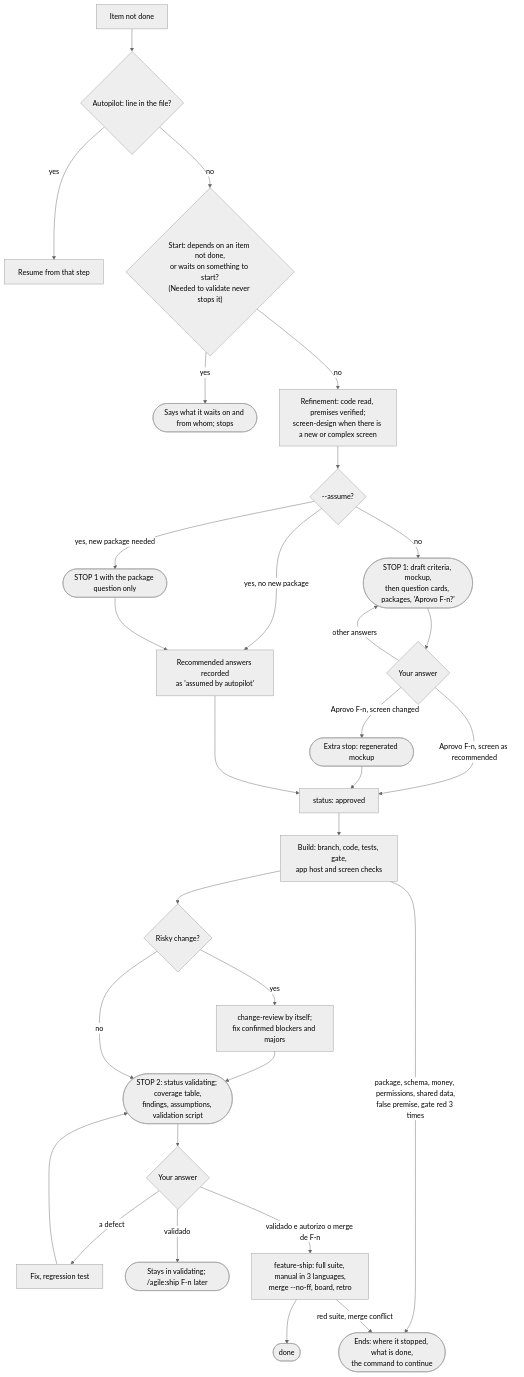
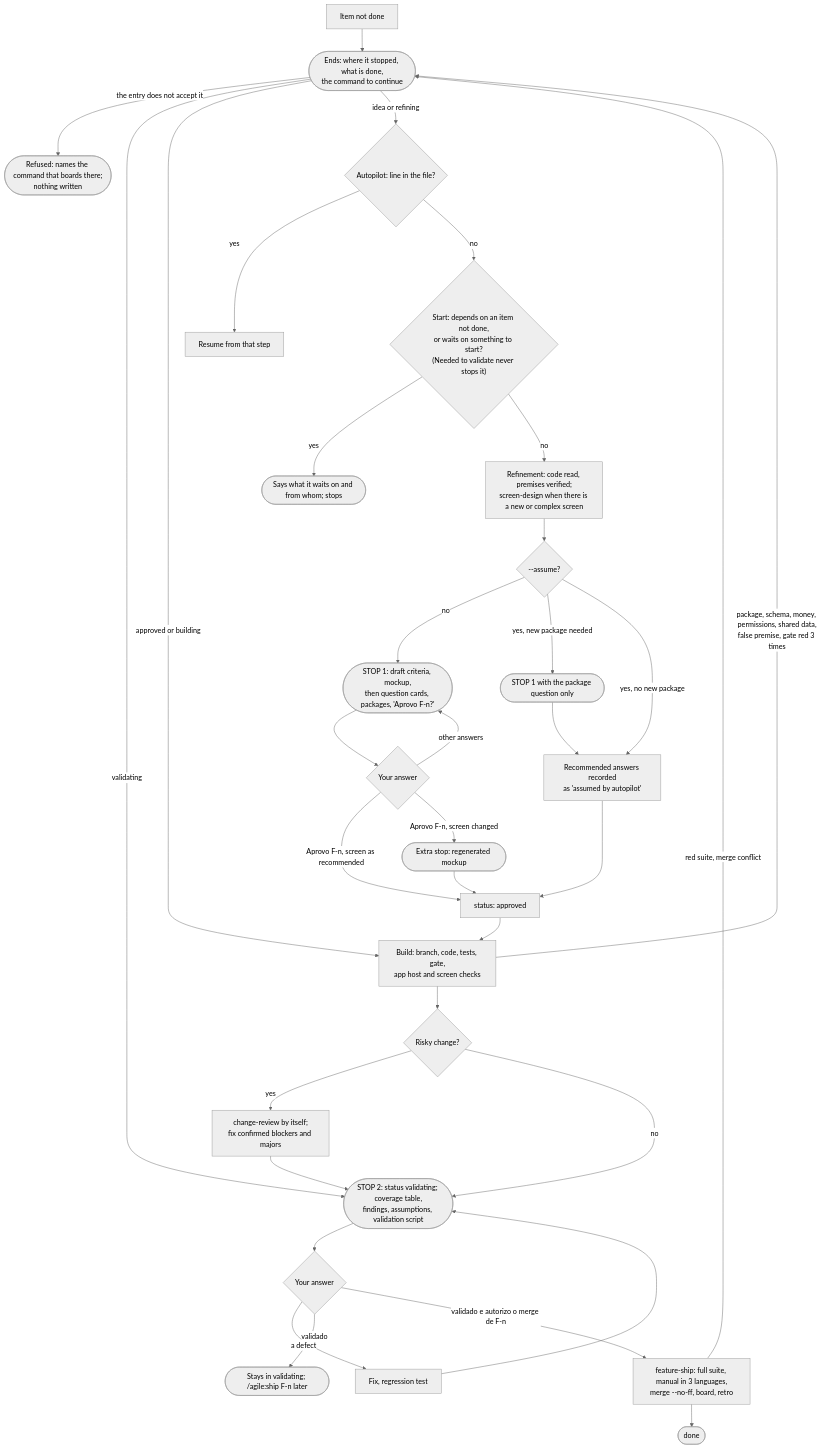
One commit to alexcanario/simulab changed diagram 19 of 21 in docs/agile/workflow.md. Above: the diagram before and after it, drawn with Mermaid (neutral theme). The commit also changed other lines of this file and 10 other files, not shown here.

````diff
--- a/docs/agile/workflow.md
+++ b/docs/agile/workflow.md
@@ -1027,31 +1051,35 @@
 ```mermaid
 flowchart TD
-    A["Item not done"] --> R{"Autopilot: line in the file?"}
+    A["Item not done"] --> S{"Status of the item,<br/>and the entry (refine or build --autopilot, or none)"}
+    S -->|"the entry does not accept it"| S1(["Refused: names the command that boards there;<br/>nothing written"])
+    S -->|"validating"| G
+    S -->|"approved or building"| F
+    S -->|"idea or refining"| R{"Autopilot: line in the file?"}
     R -->|yes| R1["Resume from that step"]
     R -->|no| A1{"Start: depends on an item not done,<br/>or waits on something to start?<br/>(Needed to validate never stops it)"}
     A1 -->|yes| A2(["Says what it waits on and from whom; stops"])
     A1 -->|no| B["Refinement: code read, premises verified;<br/>screen-design when there is a new or complex screen"]
     B --> B1{"--assume?"}
     B1 -->|no| C(["STOP 1: draft criteria, mockup,<br/>then question cards, packages, 'Aprovo F-n?'"])
     B1 -->|"yes, new package needed"| C2(["STOP 1 with the package question only"])
     B1 -->|"yes, no new package"| D["Recommended answers recorded<br/>as 'assumed by autopilot'"]
     C --> C1{"Your answer"}
     C1 -->|"other answers"| C
     C1 -->|"Aprovo F-n, screen as recommended"| E
     C1 -->|"Aprovo F-n, screen changed"| C3(["Extra stop: regenerated mockup"])
     C3 --> E
     C2 --> D
     D --> E["status: approved"]
     E --> F["Build: branch, code, tests, gate,<br/>app host and screen checks"]
     F --> F0{"Risky change?"}
     F0 -->|yes| F1["change-review by itself;<br/>fix confirmed blockers and majors"]
     F1 --> G
     F0 -->|no| G(["STOP 2: status validating; coverage table,<br/>findings, assumptions, validation script"])
     G --> H{"Your answer"}
     H -->|"a defect"| H1["Fix, regression test"] --> G
     H -->|"validado"| H2(["Stays in validating; /agile:ship F-n later"])
     H -->|"validado e autorizo o merge de F-n"| I["feature-ship: full suite, manual in 3 languages,<br/>merge --no-ff, board, retro"]
     I --> J(["done"])
     F -->|"package, schema, money, permissions, shared data,<br/>false premise, gate red 3 times"| S(["Ends: where it stopped, what is done,<br/>the command to continue"])
     I -->|"red suite, merge conflict"| S
 ```
````
